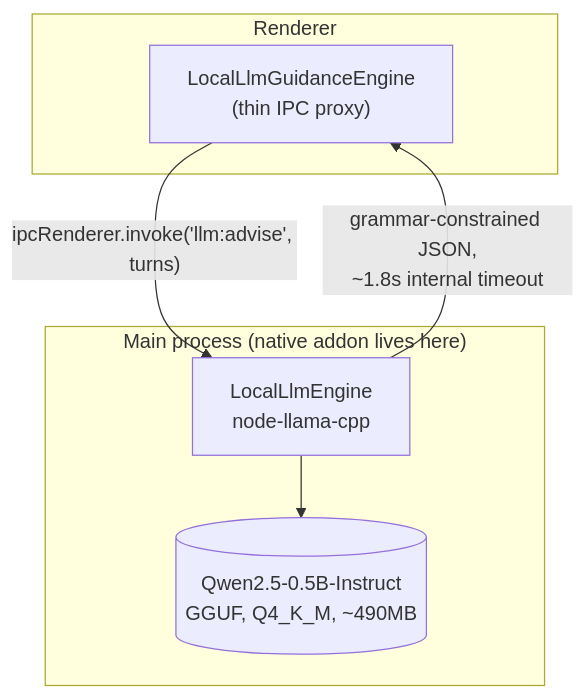
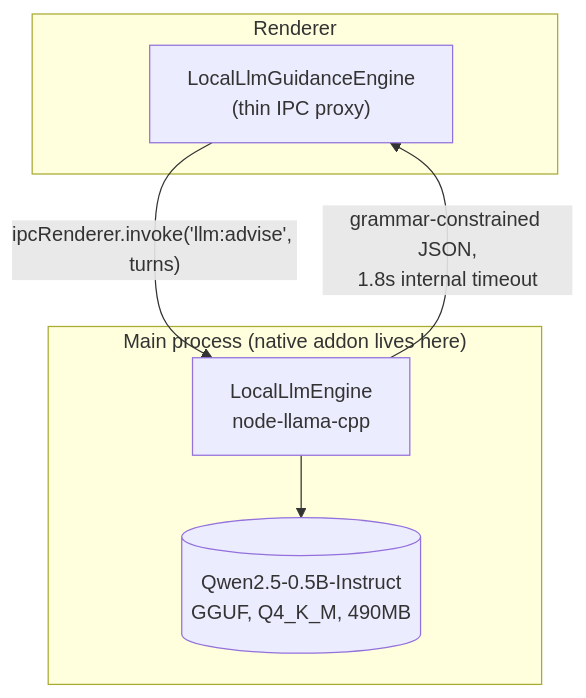
Before and after one commit to pankajads/cue: the third of 4 diagrams in ARCHITECTURE.md, drawn with Mermaid. The commit also changed other lines of this file and 1 other file, not shown here.

Commit message:
Fix Mermaid syntax error: ~ breaks edge-label parsing
The "~" character (reserved elsewhere in Mermaid's grammar, e.g.
generic-type syntax) breaks the lexer when it appears in a flowchart
edge label — reported by the user as "Lexical error on line 8.
Unrecognized text." pointing at the "~1.8s race" edge label in
README.md's diagram. Same issue existed in three more places across
ARCHITECTURE.md's diagrams (all using "~Nunit" shorthand for
approximate values). Fixed by dropping the tilde and rewording
("~1.8s" -> "1.8s" or "a 1.8s timeout", "~490MB" -> "490MB") —
plain prose elsewhere in both files keeps the tildes since only the
fenced ```mermaid blocks are actually parsed as diagrams.

````diff
--- a/ARCHITECTURE.md
+++ b/ARCHITECTURE.md
@@ -54,13 +54,13 @@
 ```mermaid
 flowchart TB
     subgraph Renderer
         Local["LocalLlmGuidanceEngine<br/>(thin IPC proxy)"]
     end
     subgraph Main["Main process (native addon lives here)"]
         Engine["LocalLlmEngine<br/>node-llama-cpp"]
-        Model[("Qwen2.5-0.5B-Instruct<br/>GGUF, Q4_K_M, ~490MB")]
+        Model[("Qwen2.5-0.5B-Instruct<br/>GGUF, Q4_K_M, 490MB")]
         Engine --> Model
     end
     Local -- "ipcRenderer.invoke('llm:advise', turns)" --> Engine
-    Engine -- "grammar-constrained JSON,<br/>~1.8s internal timeout" --> Local
+    Engine -- "grammar-constrained JSON,<br/>1.8s internal timeout" --> Local
 ```
````
